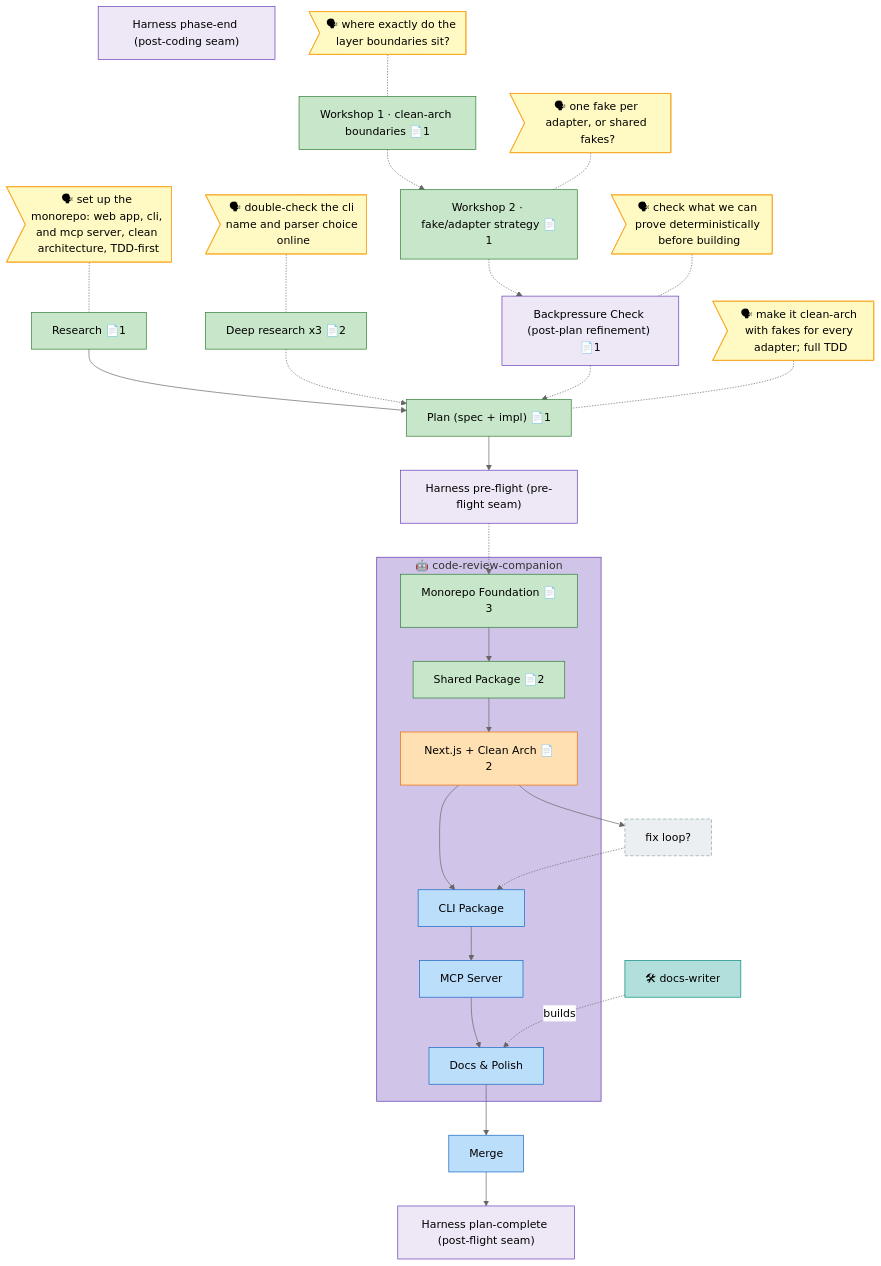
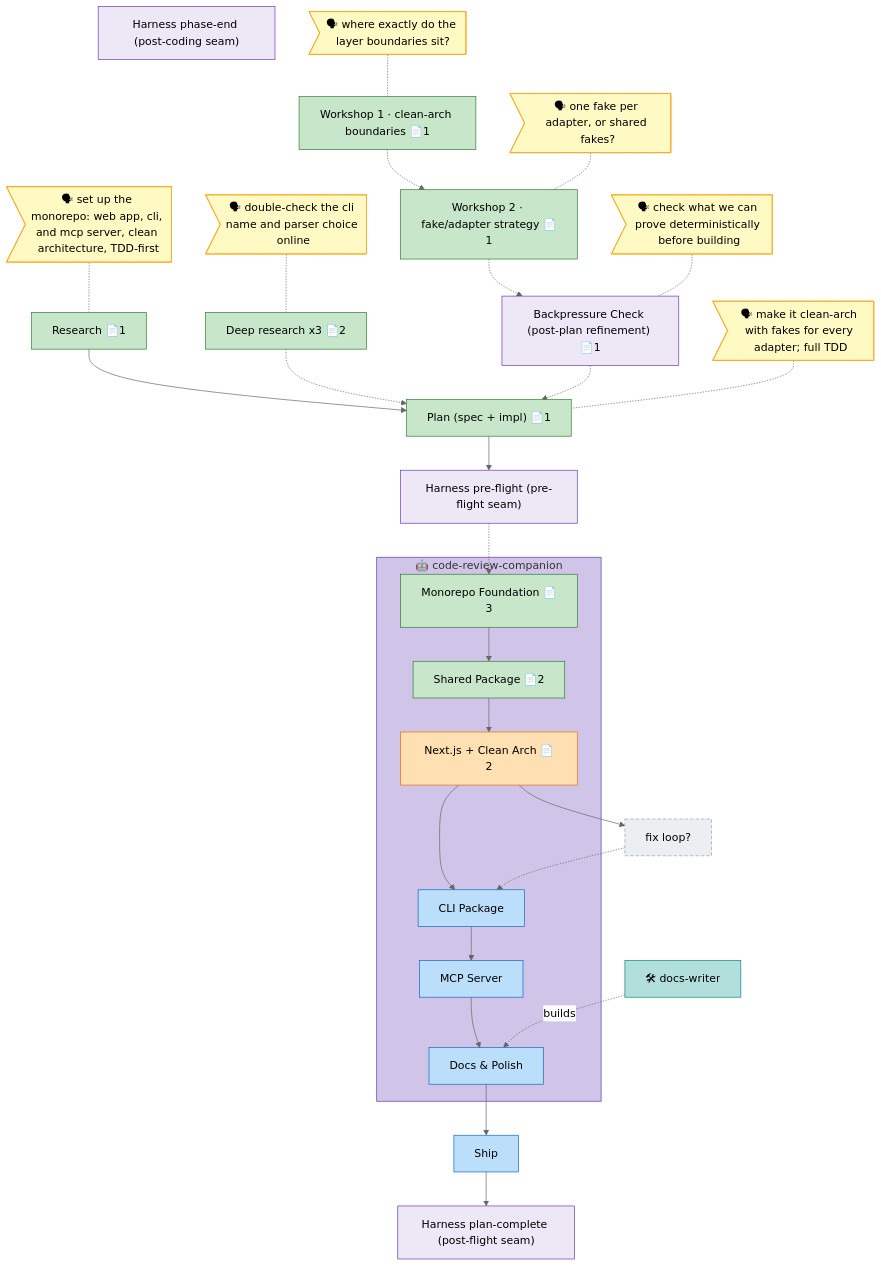
Before and after one commit to jakkaj/tools: the diagram in skills/SDD/the-flow/references/flight-plan.template.md, drawn with Mermaid (neutral theme). The commit also changed other lines of this file and 17 other files, not shown here.

````diff
--- a/skills/SDD/the-flow/references/flight-plan.template.md
+++ b/skills/SDD/the-flow/references/flight-plan.template.md
@@ -8,75 +8,76 @@
 ```mermaid
 flowchart TD
     research["Research 📄1"]:::done
     plan["Plan (spec + impl) 📄1"]:::done
     p1["Monorepo Foundation 📄3"]:::done
     p2["Shared Package 📄2"]:::done
     p3["Next.js + Clean Arch 📄2"]:::wip
     p4["CLI Package"]:::known
     p5["MCP Server"]:::known
     p6["Docs & Polish"]:::known
-    merge["Merge"]:::known
+    ship["Ship"]:::known
 
     research --> plan
     plan --> hb
     p1 --> p2
     p2 --> p3
     p3 --> fx3
     p3 --> p4
     p4 --> p5
     p5 --> p6
-    p6 --> merge
-    merge --> hh
+    p6 --> ship
+    ship --> hh
 
     dr["Deep research x3 📄2"]:::done
     ws1["Workshop 1 · clean-arch boundaries 📄1"]:::done
     ws2["Workshop 2 · fake/adapter strategy 📄1"]:::done
     bp["Backpressure Check (post-plan refinement) 📄1"]:::harness
     hb["Harness pre-flight (pre-flight seam)"]:::harness
     fx3["fix loop?"]:::assumed
     hr2["Harness phase-end (post-coding seam)"]:::harness
     hh["Harness plan-complete (post-flight seam)"]:::harness
     dr -.-> plan
     ws1 -.-> ws2
     ws2 -.-> bp
     bp -.-> plan
     hb -.-> p1
     fx3 -.-> p4
 
     say_research>"🗣 set up the monorepo: web app, cli, and mcp server, clean architecture, TDD-first"]:::said
     say_research -.- research
     say_dr>"🗣 double-check the cli name and parser choice online"]:::said
     say_dr -.- dr
     say_ws1>"🗣 where exactly do the layer boundaries sit?"]:::said
     say_ws1 -.- ws1
     say_ws2>"🗣 one fake per adapter, or shared fakes?"]:::said
     say_ws2 -.- ws2
     say_bp>"🗣 check what we can prove deterministically before building"]:::said
     say_bp -.- bp
     say_plan>"🗣 make it clean-arch with fakes for every adapter; full TDD"]:::said
     say_plan -.- plan
 
     subgraph cmp_code_review_companion["🤖 code-review-companion"]
       p1
       p2
       p3
       p4
       p5
       p6
     end
     style cmp_code_review_companion fill:#D1C4E9,stroke:#5E35B1
     wrk_docs_writer["🛠 docs-writer"]:::worker
     wrk_docs_writer -. builds .-> p6
 
     classDef done fill:#C8E6C9,stroke:#2E7D32;
     classDef wip fill:#FFE0B2,stroke:#EF6C00;
     classDef blocked fill:#FFCDD2,stroke:#C62828;
     classDef known fill:#BBDEFB,stroke:#1565C0;
     classDef assumed fill:#ECEFF1,stroke:#90A4AE,stroke-dasharray:5 3;
     classDef said fill:#FFF9C4,stroke:#F9A825;
     classDef harness fill:#EDE7F6,stroke:#673AB7;
     classDef decision fill:#FFF3E0,stroke:#FB8C00,stroke-dasharray:2 2;
     classDef companion fill:#D1C4E9,stroke:#5E35B1;
     classDef worker fill:#B2DFDB,stroke:#00897B;
+    classDef chore fill:#E0F2F1,stroke:#00897B,stroke-dasharray:3 2;
     classDef unknown fill:#FAFAFA,stroke:#BDBDBD,stroke-dasharray:1 4;
 ```
````
